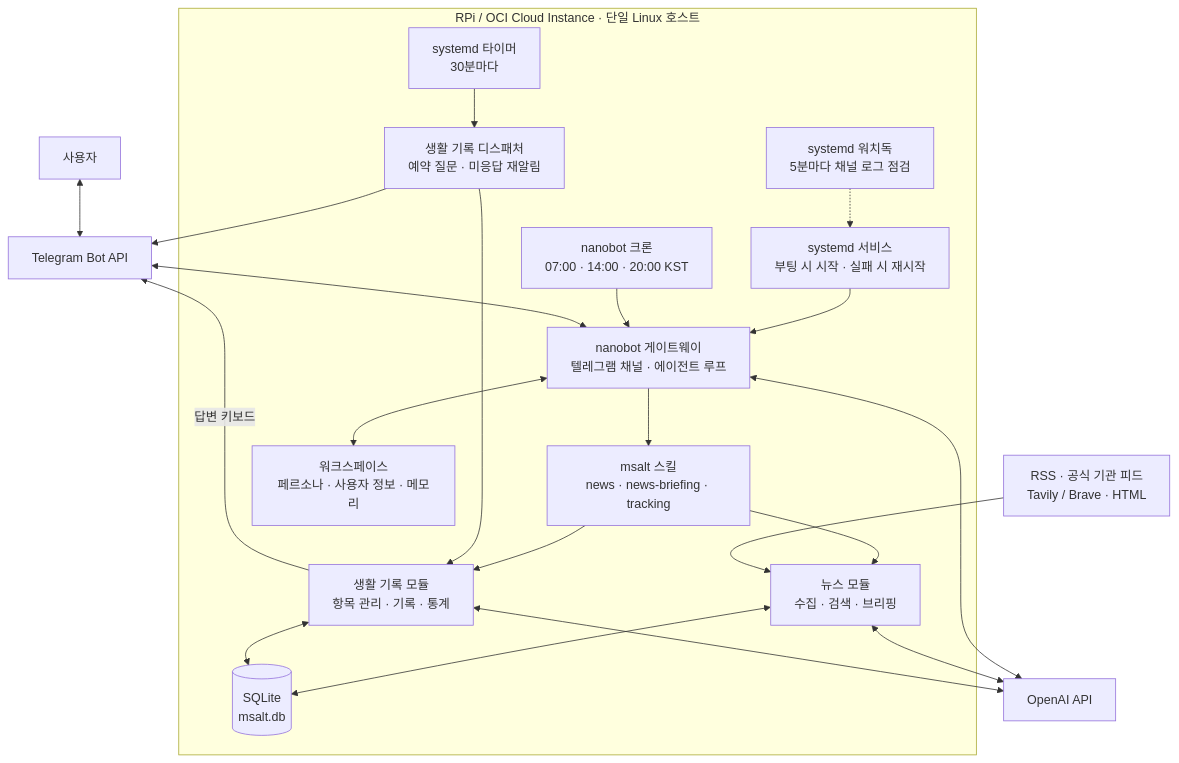
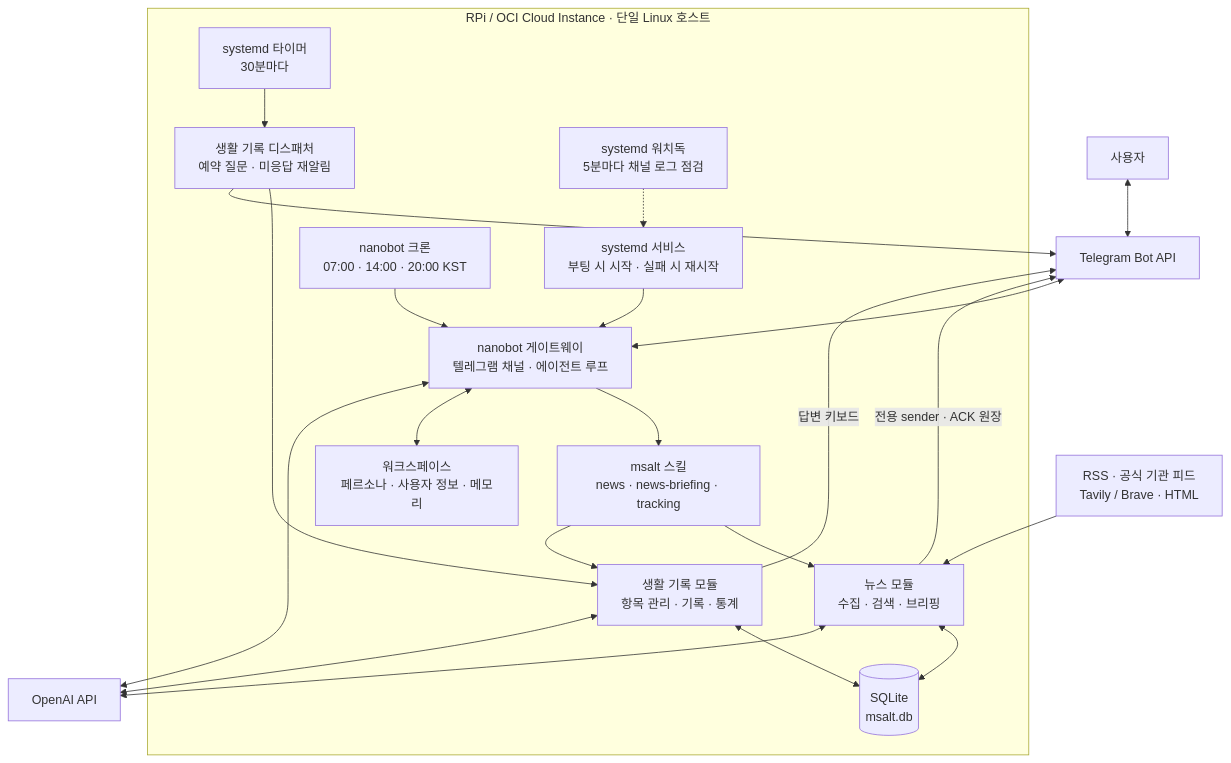
Before and after one commit to msaltnet/my-nanobot-rpi: the diagram in README.md, drawn with Mermaid. The commit also changed other lines of this file and 2 other files, not shown here.

````diff
--- a/README.md
+++ b/README.md
@@ -75,28 +75,29 @@
 ```mermaid
 flowchart TD
     User["사용자"] <--> Telegram["Telegram Bot API"]
     LLM["OpenAI API"]
     Sources["RSS · 공식 기관 피드<br/>Tavily / Brave · HTML"]
 
     subgraph Host["RPi / OCI Cloud Instance · 단일 Linux 호스트"]
         Service["systemd 서비스<br/>부팅 시 시작 · 실패 시 재시작"] --> Gateway["nanobot 게이트웨이<br/>텔레그램 채널 · 에이전트 루프"]
         Cron["nanobot 크론<br/>07:00 · 14:00 · 20:00 KST"] --> Gateway
         Gateway --> Skills["msalt 스킬<br/>news · news-briefing · tracking"]
         Skills --> News["뉴스 모듈<br/>수집 · 검색 · 브리핑"]
         Skills --> Tracking["생활 기록 모듈<br/>항목 관리 · 기록 · 통계"]
         Timer["systemd 타이머<br/>30분마다"] --> Dispatcher["생활 기록 디스패처<br/>예약 질문 · 미응답 재알림"]
         Dispatcher --> Tracking
         News <--> DB[("SQLite<br/>msalt.db")]
         Tracking <--> DB
         Gateway <--> Workspace["워크스페이스<br/>페르소나 · 사용자 정보 · 메모리"]
         Watchdog["systemd 워치독<br/>5분마다 채널 로그 점검"] -.-> Service
     end
 
     Telegram <--> Gateway
+    News -->|전용 sender · ACK 원장| Telegram
     Dispatcher --> Telegram
     Tracking -->|답변 키보드| Telegram
     Gateway <--> LLM
     News <--> LLM
     Tracking <--> LLM
     Sources --> News
 ```
````
